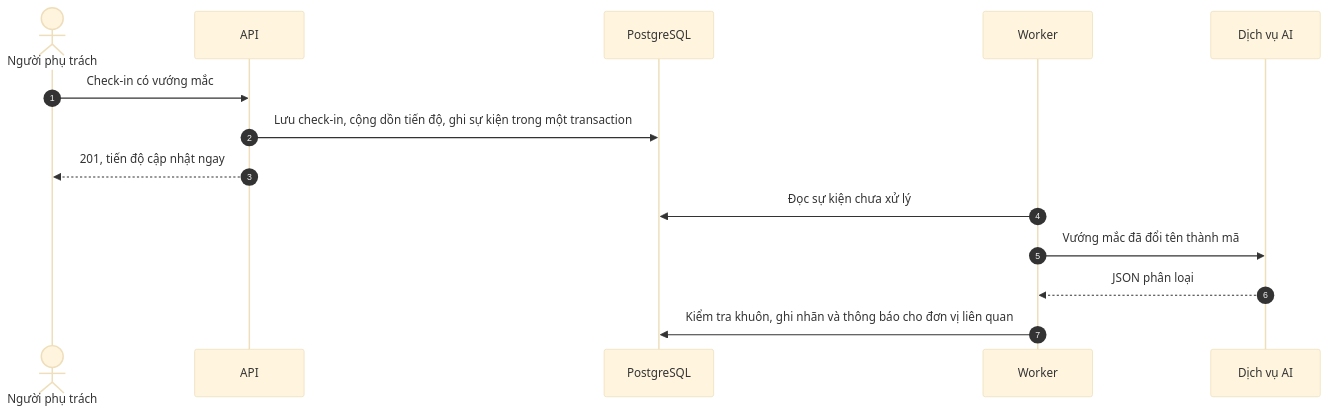
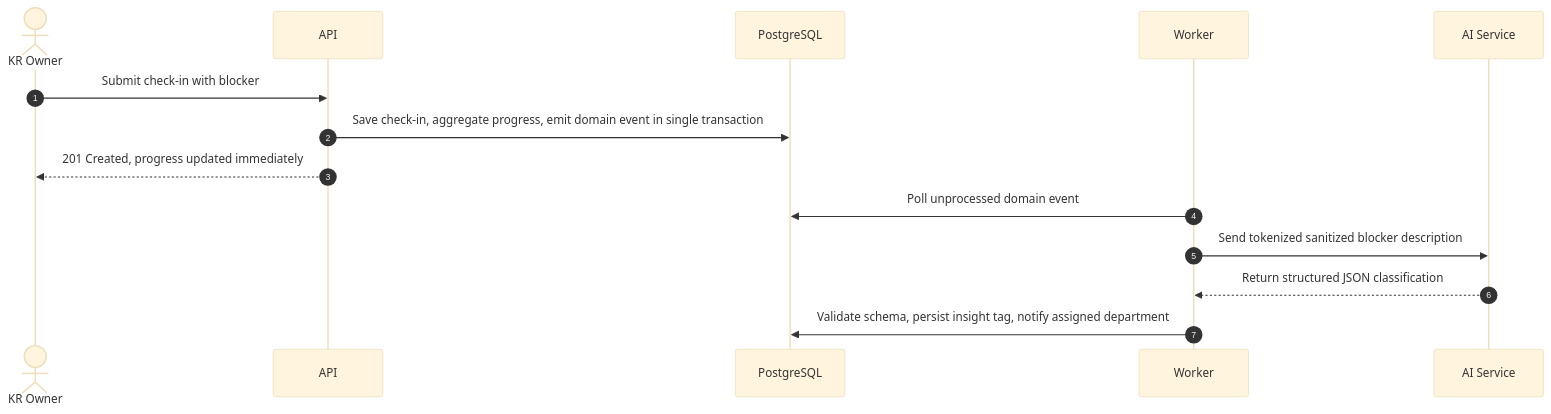
The fifth of 5 diagrams in README.md (Akaza-ban/OCK-360), drawn with Mermaid (base theme) before and after one commit. The commit also changed other lines of this file and 24 other files, not shown here.

````diff
--- a/README.md
+++ b/README.md
@@ -445,17 +445,17 @@
 ```mermaid
 sequenceDiagram
     autonumber
-    actor U as Người phụ trách
+    actor U as KR Owner
     participant API as API
     participant DB as PostgreSQL
     participant WK as Worker
-    participant AI as Dịch vụ AI
+    participant AI as AI Service
 
-    U->>API: Check-in có vướng mắc
-    API->>DB: Lưu check-in, cộng dồn tiến độ, ghi sự kiện trong một transaction
-    API-->>U: 201, tiến độ cập nhật ngay
-    WK->>DB: Đọc sự kiện chưa xử lý
-    WK->>AI: Vướng mắc đã đổi tên thành mã
-    AI-->>WK: JSON phân loại
-    WK->>DB: Kiểm tra khuôn, ghi nhãn và thông báo cho đơn vị liên quan
+    U->>API: Submit check-in with blocker
+    API->>DB: Save check-in, aggregate progress, emit domain event in single transaction
+    API-->>U: 201 Created, progress updated immediately
+    WK->>DB: Poll unprocessed domain event
+    WK->>AI: Send tokenized sanitized blocker description
+    AI-->>WK: Return structured JSON classification
+    WK->>DB: Validate schema, persist insight tag, notify assigned department
 ```
````
